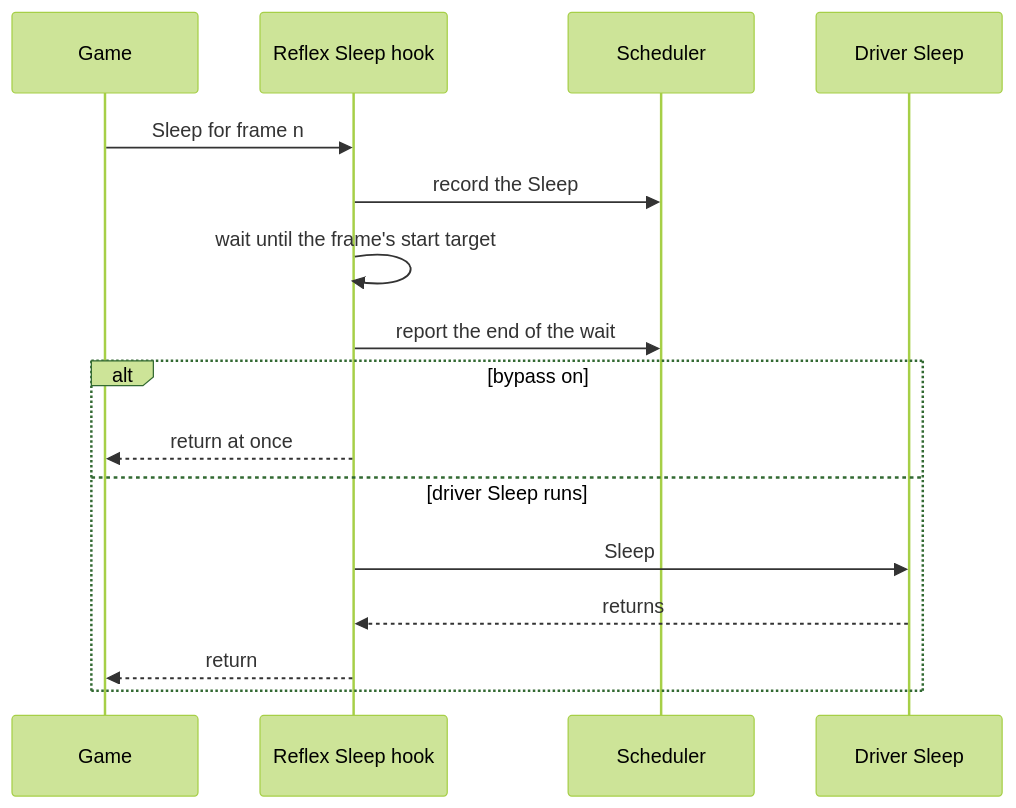
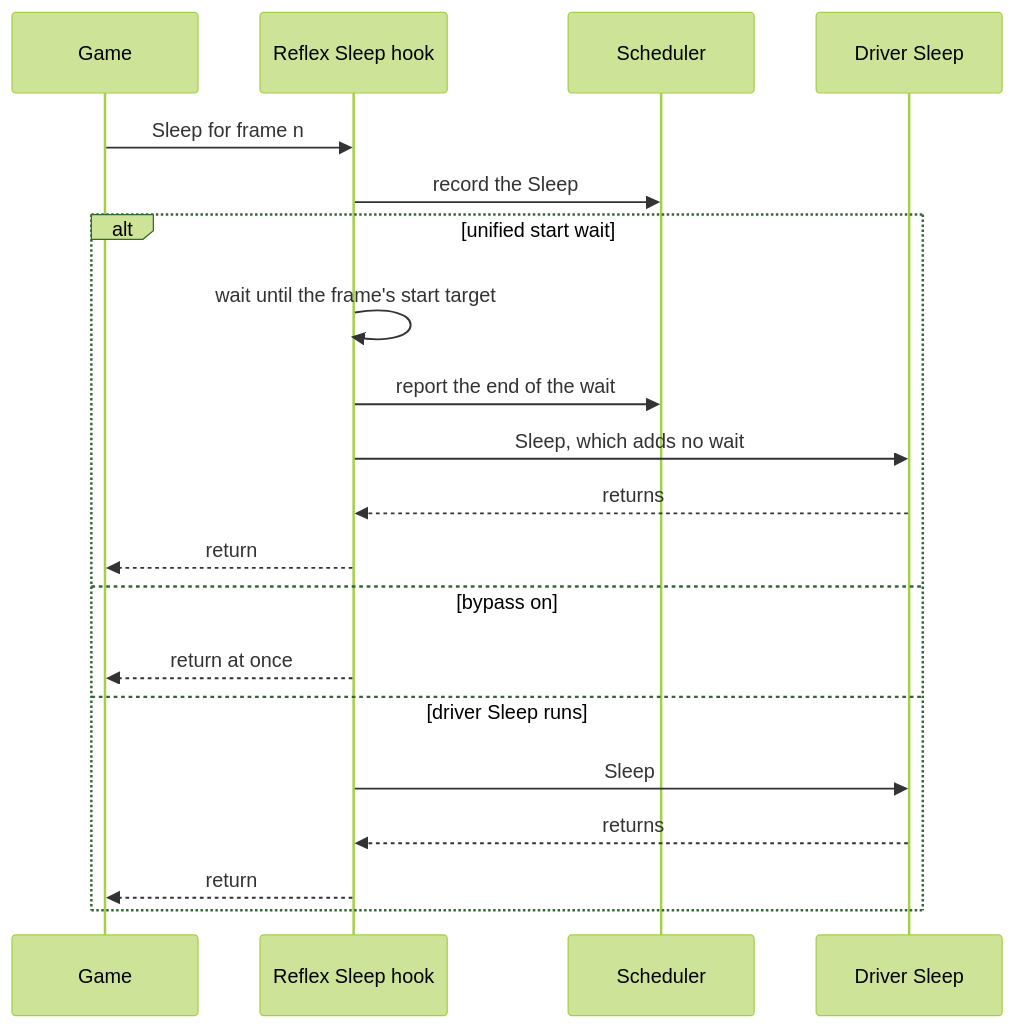
Before and after one commit to RankFTW/ReLimiter: the sixth of 10 diagrams in docs/FRAME_PACING.md, drawn with Mermaid (forest theme). The commit also changed other lines of this file and 60 other files, not shown here.

````diff
--- a/docs/FRAME_PACING.md
+++ b/docs/FRAME_PACING.md
@@ -271,18 +356,22 @@
 ```mermaid
 sequenceDiagram
     participant Game
     participant Hook as Reflex Sleep hook
     participant Sched as Scheduler
     participant Driver as Driver Sleep
     Game->>Hook: Sleep for frame n
     Hook->>Sched: record the Sleep
-    Hook->>Hook: wait until the frame's start target
-    Hook->>Sched: report the end of the wait
-    alt bypass on
+    alt unified start wait
+        Hook->>Hook: wait until the frame's start target
+        Hook->>Sched: report the end of the wait
+        Hook->>Driver: Sleep, which adds no wait
+        Driver-->>Hook: returns
+        Hook-->>Game: return
+    else bypass on
         Hook-->>Game: return at once
     else driver Sleep runs
         Hook->>Driver: Sleep
         Driver-->>Hook: returns
         Hook-->>Game: return
     end
 ```
````
